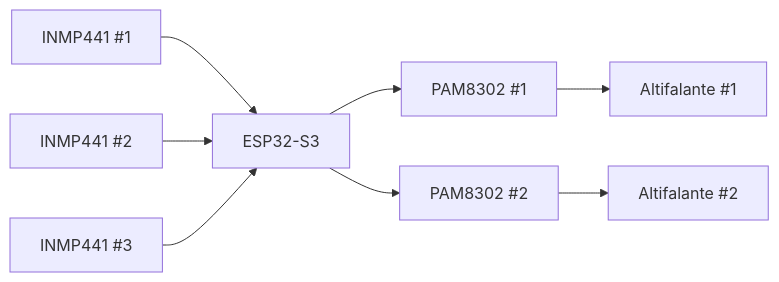
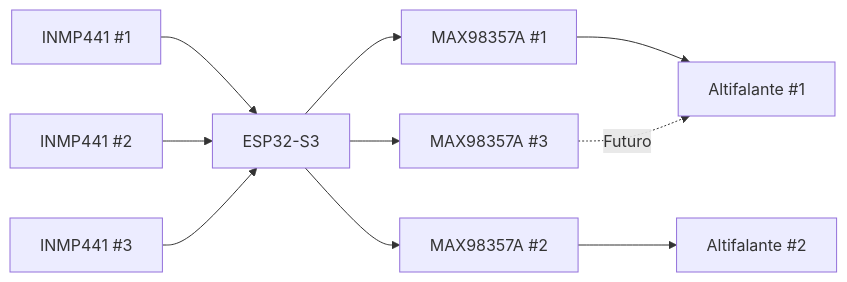
One commit to acravo1/AEGIS-Home-Guardian changed the fifth of 8 diagrams in docs/architecture.md. Above: the diagram before and after it, drawn with Mermaid. The commit also changed other lines of this file and 4 other files, not shown here.

````diff
--- a/docs/architecture.md
+++ b/docs/architecture.md
@@ -108,25 +108,28 @@
 ```mermaid
 flowchart LR
 
     MIC1["INMP441 #1"]
     MIC2["INMP441 #2"]
     MIC3["INMP441 #3"]
 
     ESP["ESP32-S3"]
 
-    AMP1["PAM8302 #1"]
-    AMP2["PAM8302 #2"]
+    AMP1["MAX98357A #1"]
+    AMP2["MAX98357A #2"]
+    AMP3["MAX98357A #3"]
 
     SPK1["Altifalante #1"]
     SPK2["Altifalante #2"]
 
     MIC1 --> ESP
     MIC2 --> ESP
     MIC3 --> ESP
 
     ESP --> AMP1
     ESP --> AMP2
+    ESP --> AMP3
 
     AMP1 --> SPK1
     AMP2 --> SPK2
+    AMP3 -.->|Futuro| SPK1
 ```
````
